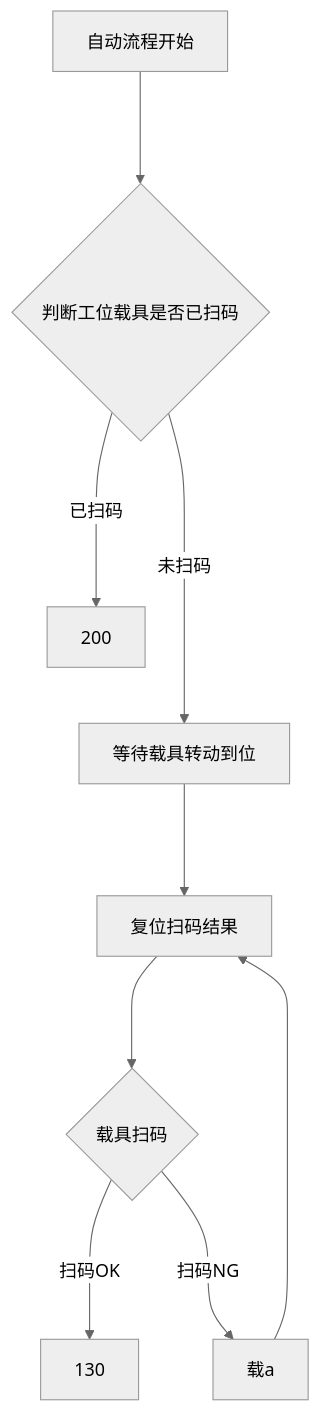
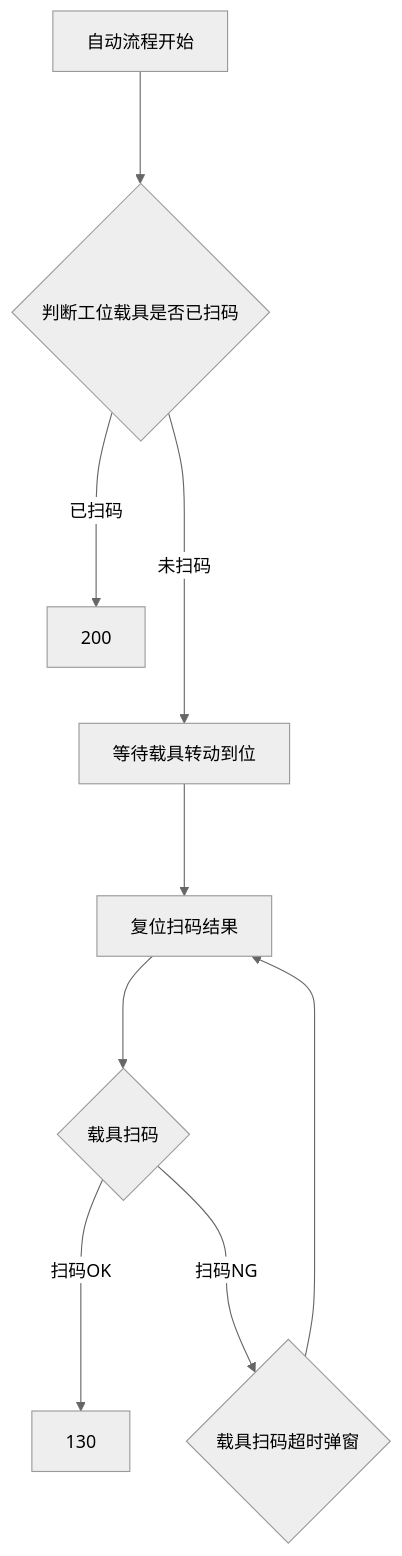
The diagram in all/OP70工位2短回流工位.md (zmq000/iodraw-files), drawn with Mermaid (neutral theme) before and after one commit.

Commit message:
2026-06-17 15:55:02 update

````diff
--- a/all/OP70工位2短回流工位.md
+++ b/all/OP70工位2短回流工位.md
@@ -1,13 +1,13 @@
 ```mermaid
 graph TD
 自动流程开始--->
 10{判断工位载具是否已扫码}--->|已扫码|200
 10---->|未扫码|100
 100[等待载具转动到位]--->110
 110[复位扫码结果]--->120
 120{载具扫码}--->|扫码OK|130
 120--->|扫码NG|125
-125[载a]--->110
+125{载具扫码超时弹窗}--->110
 
   
 ```
````
